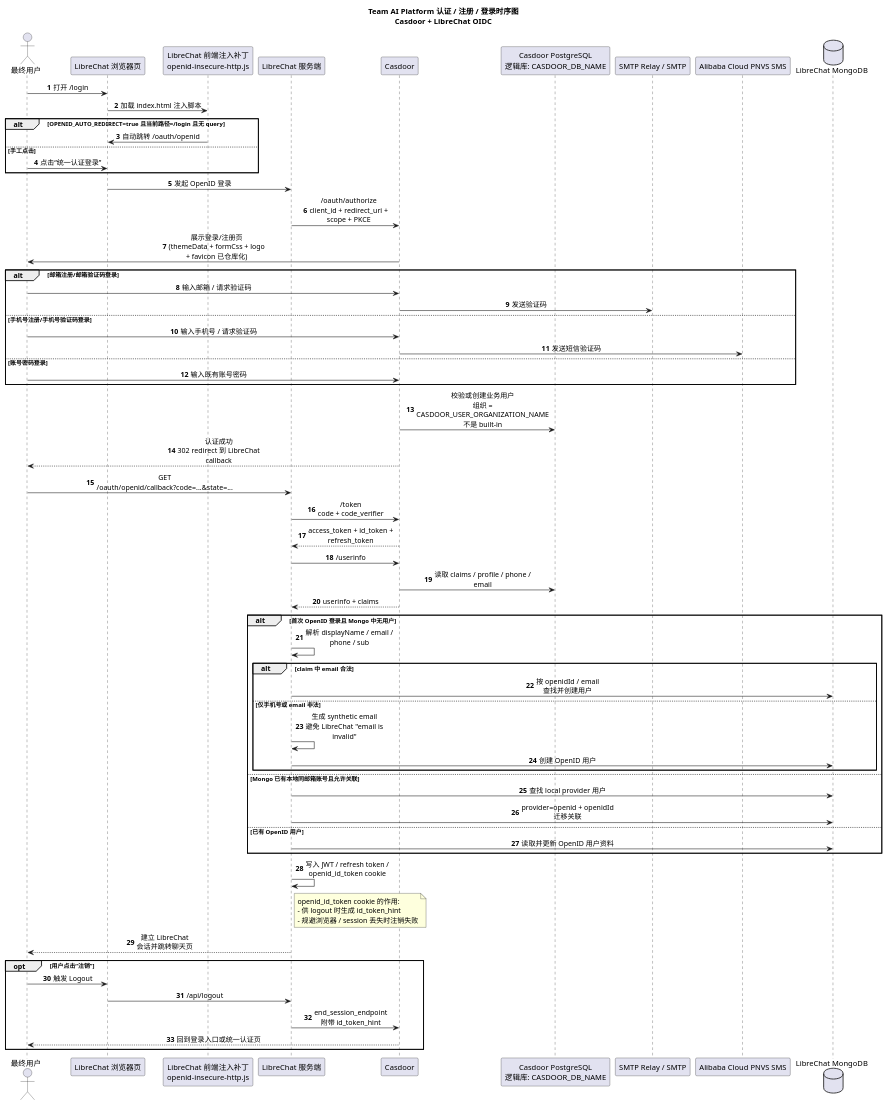
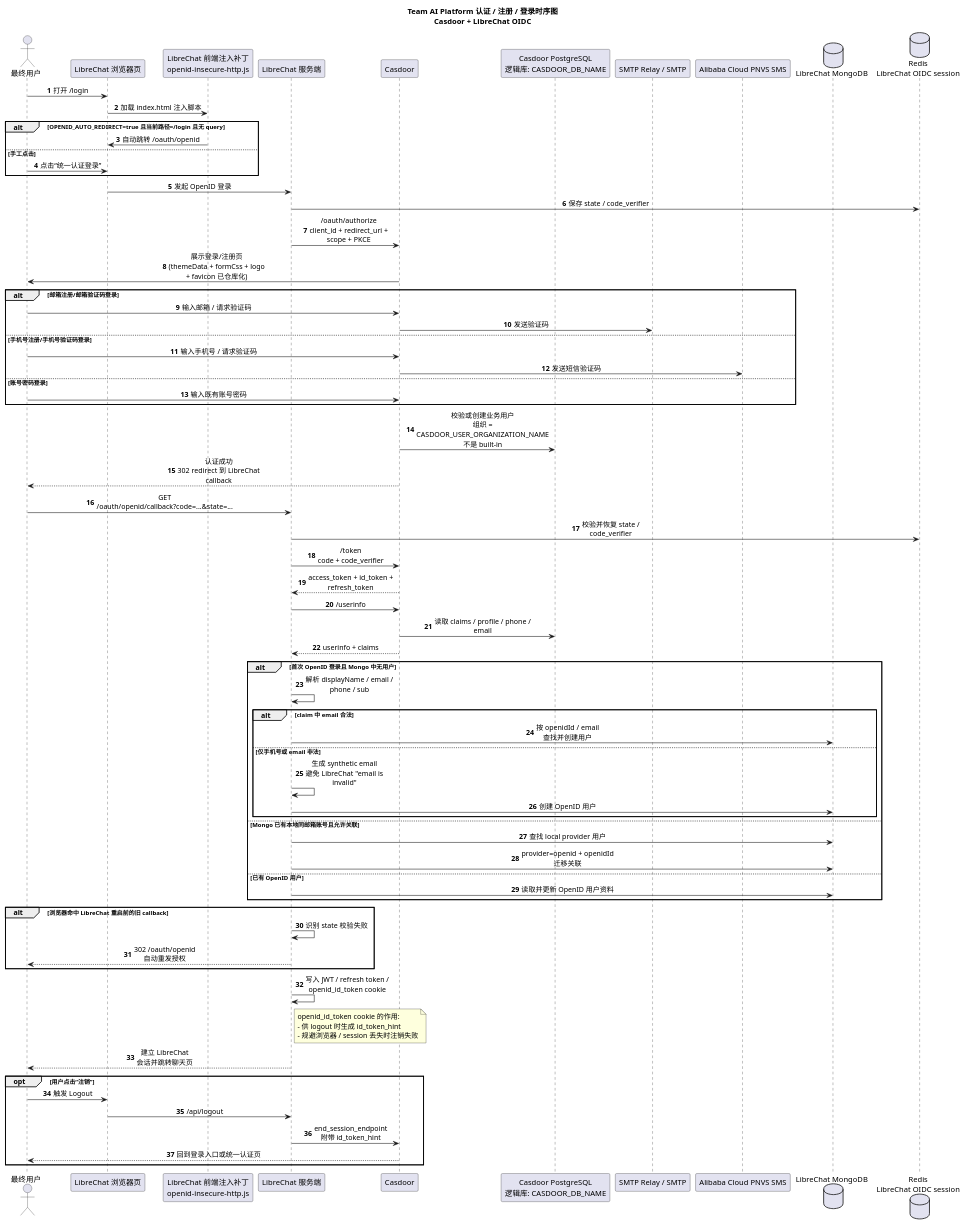
One commit to liguiqi/Team-AI-Platform changed the diagram in docs/architecture/puml/20260422_162931_auth_registration_login_sequence.puml. Above: the diagram before and after it, drawn with PlantUML. The commit also changed 34 other files, not shown here.

First line of the commit message:
feat: stabilize auth flow and refresh docs

```diff
--- a/docs/architecture/puml/20260422_162931_auth_registration_login_sequence.puml
+++ b/docs/architecture/puml/20260422_162931_auth_registration_login_sequence.puml
@@ -1,84 +1,92 @@
 @startuml
 title Team AI Platform 认证 / 注册 / 登录时序图\nCasdoor + LibreChat OIDC
 
 autonumber
 skinparam shadowing false
 skinparam sequenceMessageAlign center
 skinparam wrapWidth 240
 skinparam maxMessageSize 180
 
 actor "最终用户" as User
 participant "LibreChat 浏览器页" as LCUI
 participant "LibreChat 前端注入补丁\nopenid-insecure-http.js" as LCPatch
 participant "LibreChat 服务端" as LCApi
 participant "Casdoor" as Casdoor
 participant "Casdoor PostgreSQL\n逻辑库: CASDOOR_DB_NAME" as CasDB
 participant "SMTP Relay / SMTP" as Mail
 participant "Alibaba Cloud PNVS SMS" as Sms
 database "LibreChat MongoDB" as Mongo
+database "Redis\nLibreChat OIDC session" as Redis
 
 User -> LCUI : 打开 /login
 LCUI -> LCPatch : 加载 index.html 注入脚本
 
 alt OPENID_AUTO_REDIRECT=true 且当前路径=/login 且无 query
   LCPatch -> LCUI : 自动跳转 /oauth/openid
 else 手工点击
   User -> LCUI : 点击“统一认证登录”
 end
 
 LCUI -> LCApi : 发起 OpenID 登录
+LCApi -> Redis : 保存 state / code_verifier
 LCApi -> Casdoor : /oauth/authorize\nclient_id + redirect_uri + scope + PKCE
 Casdoor -> User : 展示登录/注册页\n(themeData + formCss + logo + favicon 已仓库化)
 
 alt 邮箱注册/邮箱验证码登录
   User -> Casdoor : 输入邮箱 / 请求验证码
   Casdoor -> Mail : 发送验证码
 else 手机号注册/手机号验证码登录
   User -> Casdoor : 输入手机号 / 请求验证码
   Casdoor -> Sms : 发送短信验证码
 else 账号密码登录
   User -> Casdoor : 输入既有账号密码
 end
 
 Casdoor -> CasDB : 校验或创建业务用户\n组织 = CASDOOR_USER_ORGANIZATION_NAME\n不是 built-in
 Casdoor --> User : 认证成功\n302 redirect 到 LibreChat callback
 
 User -> LCApi : GET /oauth/openid/callback?code=...&state=...
+LCApi -> Redis : 校验并恢复 state / code_verifier
 LCApi -> Casdoor : /token\ncode + code_verifier
 Casdoor --> LCApi : access_token + id_token + refresh_token
 LCApi -> Casdoor : /userinfo
 Casdoor -> CasDB : 读取 claims / profile / phone / email
 Casdoor --> LCApi : userinfo + claims
 
 alt 首次 OpenID 登录且 Mongo 中无用户
   LCApi -> LCApi : 解析 displayName / email / phone / sub
   alt claim 中 email 合法
     LCApi -> Mongo : 按 openidId / email 查找并创建用户
   else 仅手机号或 email 非法
     LCApi -> LCApi : 生成 synthetic email\n避免 LibreChat "email is invalid"
     LCApi -> Mongo : 创建 OpenID 用户
   end
 else Mongo 已有本地同邮箱账号且允许关联
   LCApi -> Mongo : 查找 local provider 用户
   LCApi -> Mongo : provider=openid + openidId 迁移关联
 else 已有 OpenID 用户
   LCApi -> Mongo : 读取并更新 OpenID 用户资料
 end
 
+alt 浏览器命中 LibreChat 重启前的旧 callback
+  LCApi -> LCApi : 识别 state 校验失败
+  LCApi --> User : 302 /oauth/openid\n自动重发授权
+end
+
 LCApi -> LCApi : 写入 JWT / refresh token /\nopenid_id_token cookie
 note right of LCApi
 openid_id_token cookie 的作用:
 - 供 logout 时生成 id_token_hint
 - 规避浏览器 / session 丢失时注销失败
 end note
 
 LCApi --> User : 建立 LibreChat 会话并跳转聊天页
 
 opt 用户点击“注销”
   User -> LCUI : 触发 Logout
   LCUI -> LCApi : /api/logout
   LCApi -> Casdoor : end_session_endpoint\n附带 id_token_hint
   Casdoor --> User : 回到登录入口或统一认证页
 end
 
 @enduml
```
